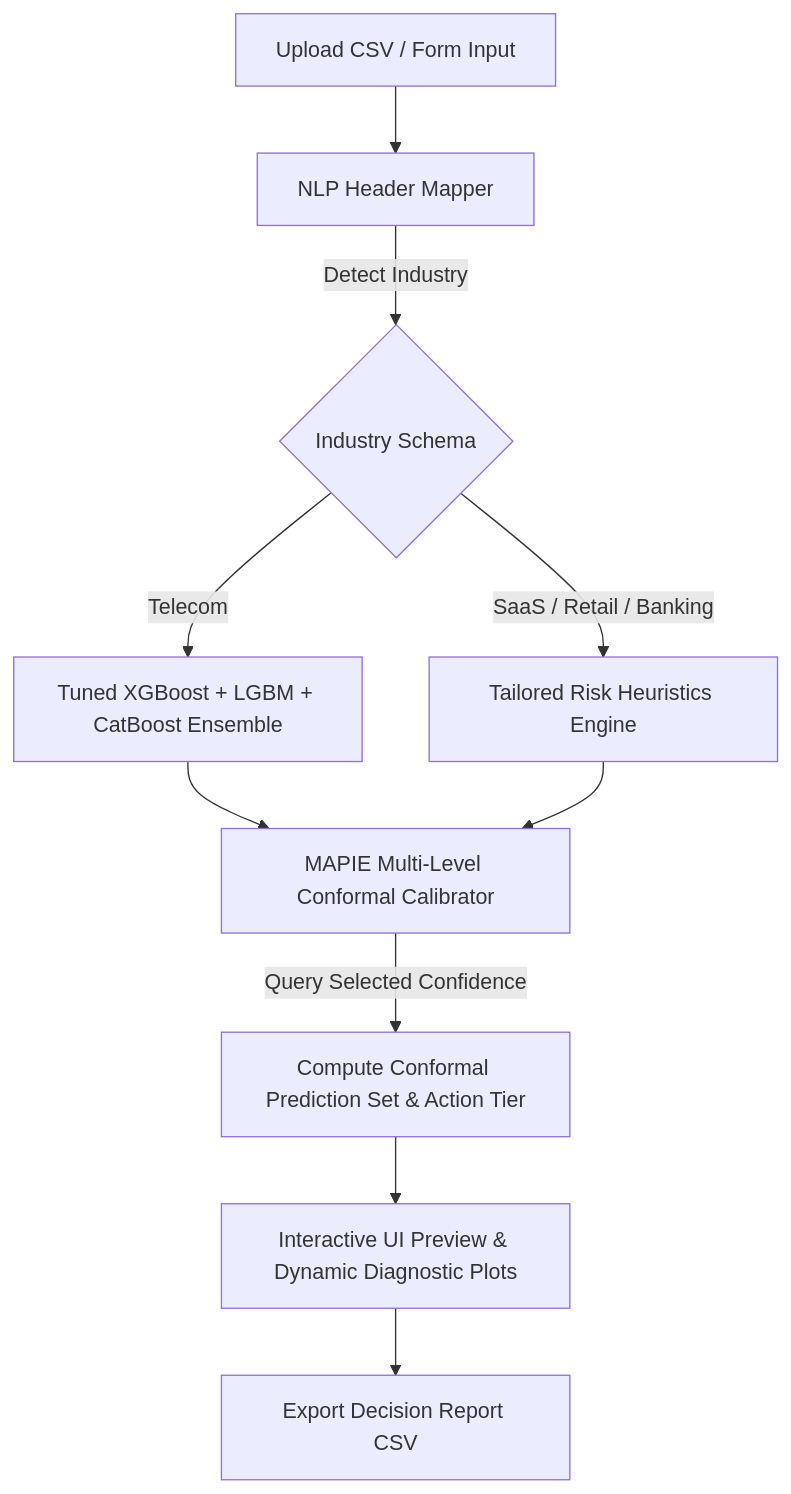
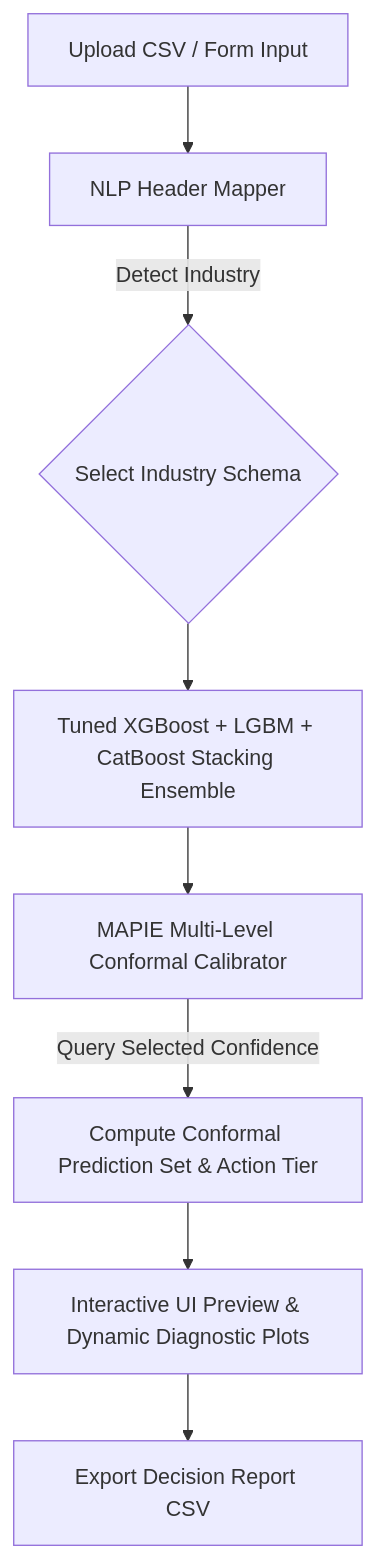
Before and after one commit to saranlab/LoyalScale: the diagram in README.md, drawn with Mermaid. The commit also changed other lines of this file and 1 other file, not shown here.

Commit message:
update code

````diff
--- a/README.md
+++ b/README.md
@@ -51,12 +51,10 @@
 ```mermaid
 graph TD
     A[Upload CSV / Form Input] --> B[NLP Header Mapper]
-    B -->|Detect Industry| C{Industry Schema}
-    C -->|Telecom| D[Tuned XGBoost + LGBM + CatBoost Ensemble]
-    C -->|SaaS / Retail / Banking| E[Tailored Risk Heuristics Engine]
+    B -->|Detect Industry| C{Select Industry Schema}
+    C --> D[Tuned XGBoost + LGBM + CatBoost Stacking Ensemble]
     D --> F[MAPIE Multi-Level Conformal Calibrator]
-    E --> F
     F -->|Query Selected Confidence| G[Compute Conformal Prediction Set & Action Tier]
     G --> H[Interactive UI Preview & Dynamic Diagnostic Plots]
     H --> I[Export Decision Report CSV]
 ```
````
